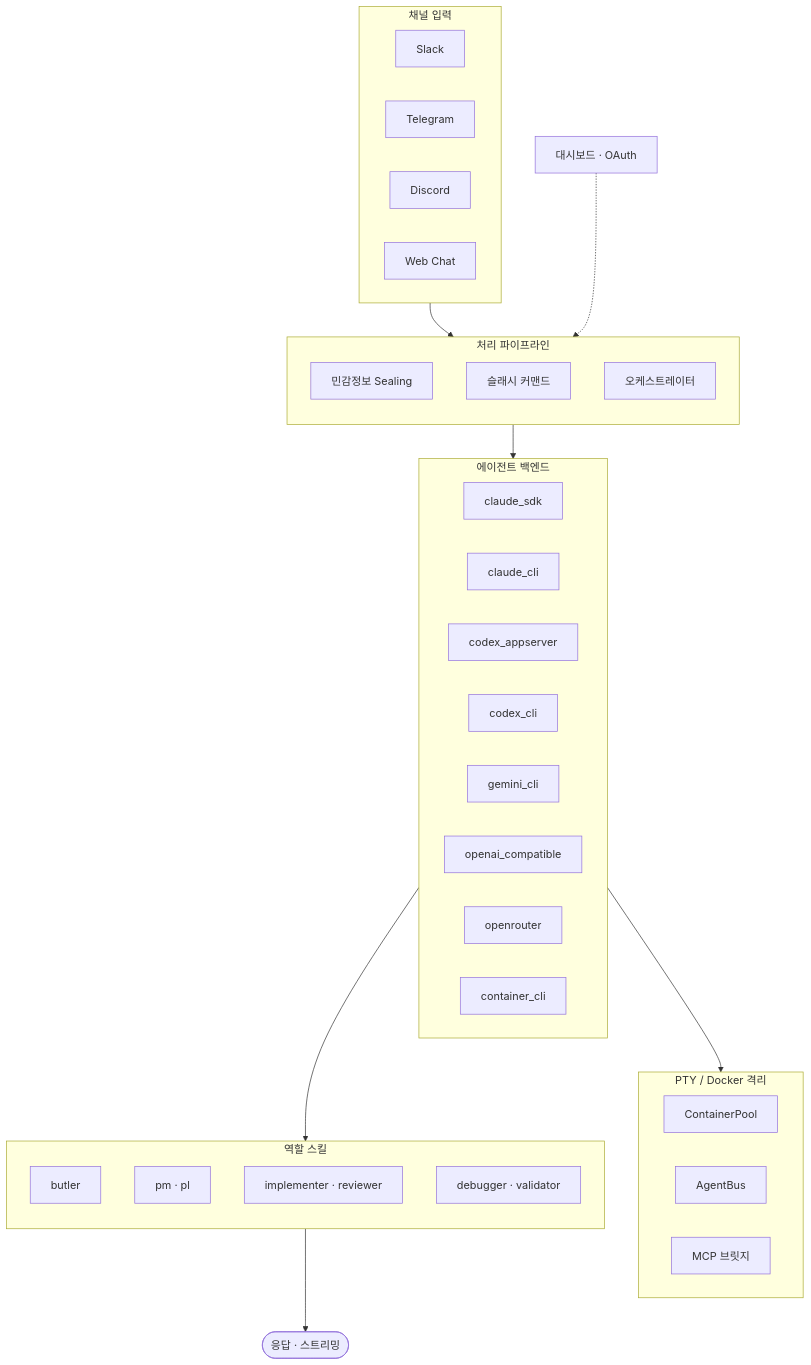
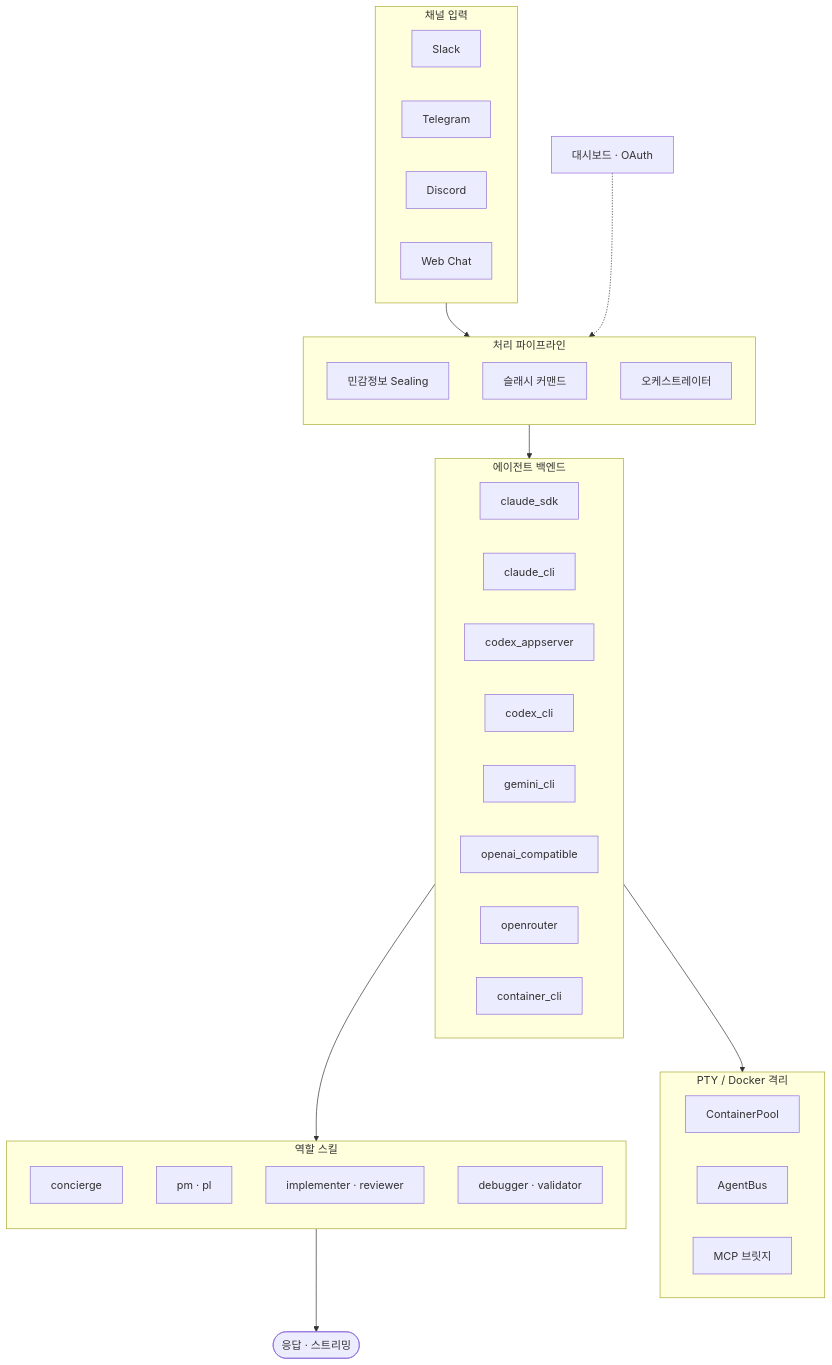
The diagram in README.md (berrzebb/SoulFlow-Orchestrator), drawn with Mermaid before and after one commit. The commit also changed other lines of this file and 570 other files, not shown here.

First line of the commit message:
feat: 도구 100종 · 노드 50종 · butler→concierge 리네임 · i18n 공유 프로토콜 · scaffold 코드 생성기

````diff
--- a/README.md
+++ b/README.md
@@ -23,53 +23,53 @@
 ```mermaid
 flowchart TD
     subgraph Channels["채널 입력"]
         direction LR
         SL[Slack]
         TG[Telegram]
         DS[Discord]
         WEB[Web Chat]
     end
 
     subgraph Pipeline["처리 파이프라인"]
         direction TB
         SEAL[민감정보 Sealing]
         CMD[슬래시 커맨드]
         ORCH[오케스트레이터]
     end
 
     subgraph Backends["에이전트 백엔드"]
         direction LR
         CSDK[claude_sdk]
         CCLI[claude_cli]
         CAPPS[codex_appserver]
         CCLIX[codex_cli]
         GCLI[gemini_cli]
         OAI[openai_compatible]
         ORT[openrouter]
         CTR[container_cli]
     end
 
     subgraph PTY["PTY / Docker 격리"]
         direction LR
         POOL[ContainerPool]
         BUS[AgentBus]
         BRIDGE[MCP 브릿지]
     end
 
     subgraph Skills["역할 스킬"]
         direction TB
-        BT[butler]
+        BT[concierge]
         PM[pm · pl]
         IMPL[implementer · reviewer]
         DBG[debugger · validator]
     end
 
     DASH[대시보드 · OAuth]
 
     Channels --> Pipeline
     Pipeline --> Backends
     CTR --> PTY
     Backends --> Skills
     Skills --> OUT([응답 · 스트리밍])
     DASH -.-> Pipeline
 ```
````
